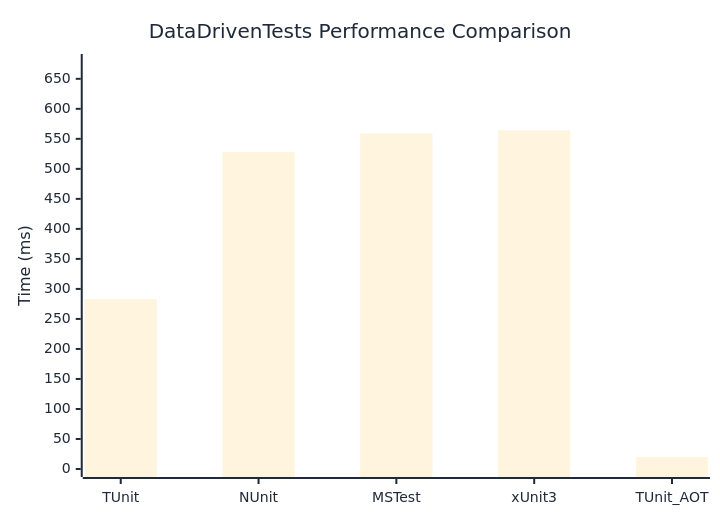
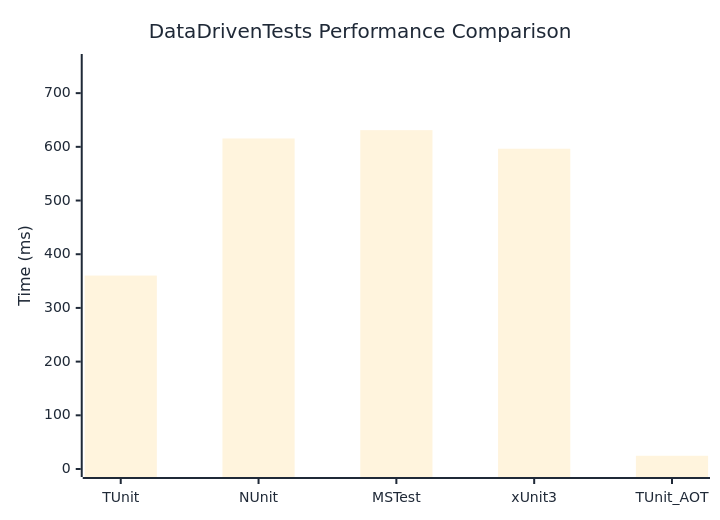
One commit to thomhurst/TUnit changed the diagram in docs/docs/benchmarks/engine/DataDrivenTests.md. Above: the diagram before and after it, drawn with Mermaid. The commit also changed other lines of this file and 17 other files, not shown here.

````diff
--- a/docs/docs/benchmarks/engine/DataDrivenTests.md
+++ b/docs/docs/benchmarks/engine/DataDrivenTests.md
@@ -29,37 +29,37 @@
 ```mermaid
 %%{init: {
   'theme':'base',
   'themeVariables': {
     'primaryColor': '#2563eb',
     'primaryTextColor': '#1f2937',
     'primaryBorderColor': '#1e40af',
     'lineColor': '#6b7280',
     'secondaryColor': '#7c3aed',
     'tertiaryColor': '#dc2626',
     'background': '#ffffff',
     'mainBkg': '#2563eb',
     'secondBkg': '#7c3aed',
     'tertiaryBkg': '#dc2626',
     'clusterBkg': '#f3f4f6',
     'edgeLabelBackground': '#ffffff',
     'tertiaryTextColor': '#1f2937',
     'pie1': '#2563eb',
     'pie2': '#7c3aed',
     'pie3': '#dc2626',
     'pie4': '#f59e0b',
     'pie5': '#10b981',
     'pie6': '#06b6d4',
     'pie7': '#ec4899',
     'pie8': '#6366f1',
     'pie9': '#84cc16',
     'pie10': '#f97316',
     'pie11': '#14b8a6',
     'pie12': '#a855f7'
   }
 }}%%
 xychart-beta
   title "DataDrivenTests Performance Comparison"
   x-axis ["TUnit", "NUnit", "MSTest", "xUnit3", "TUnit_AOT"]
-  y-axis "Time (ms)" 0 --> 678
-  bar [282.91, 528.15, 559.04, 564.2, 19.8]
+  y-axis "Time (ms)" 0 --> 758
+  bar [360.26, 615.55, 631.08, 596.48, 24.64]
 ```
````
